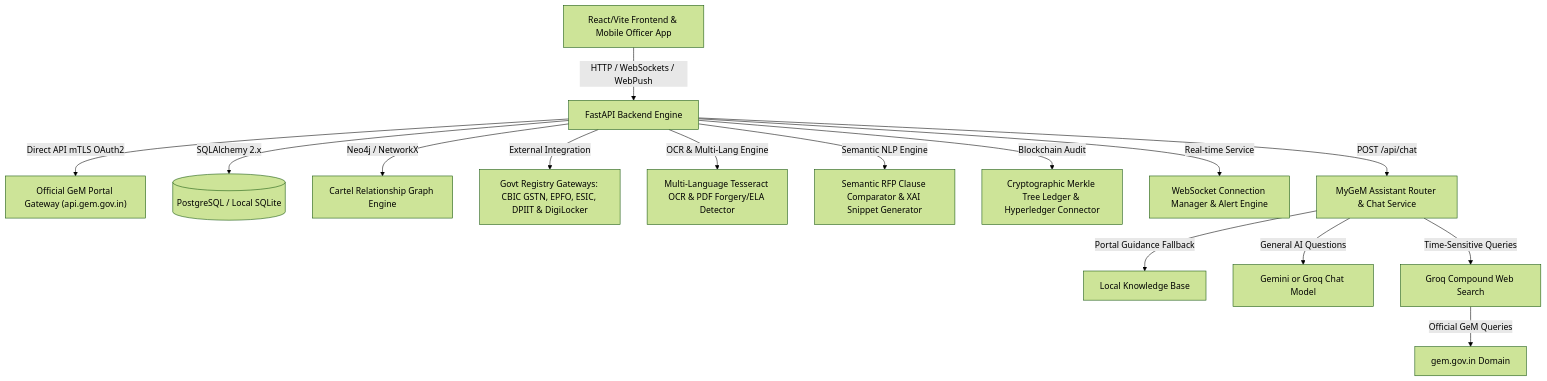
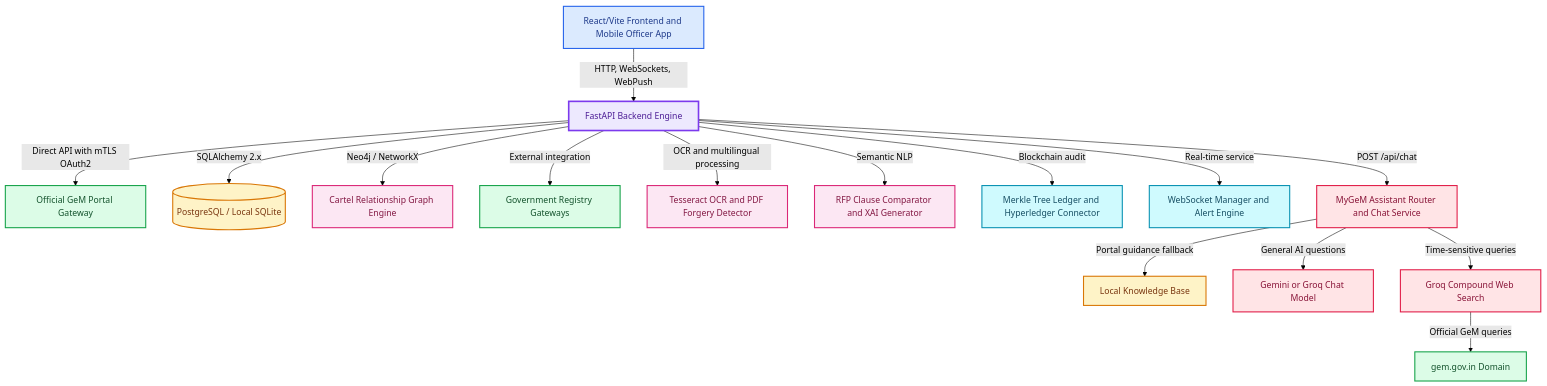
Before and after one commit to Yogeshsingh123-LAB/-AI-Powered-Integrated-Bid-Compliance-Verification-Platform-for-GeM-Procurement: the first of 2 diagrams in brain.md, drawn with Mermaid (forest theme). The commit also changed other lines of this file and 2 other files, not shown here.

Commit message:
Fix GitHub Mermaid diagrams and add colorful styling

````diff
--- a/brain.md
+++ b/brain.md
@@ -14,17 +14,33 @@
 ```mermaid
-graph TD
-    A["React/Vite Frontend & Mobile Officer App"] -- "HTTP / WebSockets / WebPush" --> B["FastAPI Backend Engine"]
-    B -- "Direct API mTLS OAuth2" --> GeM["Official GeM Portal Gateway (api.gem.gov.in)"]
-    B -- "SQLAlchemy 2.x" --> C[("PostgreSQL / Local SQLite")]
-    B -- "Neo4j / NetworkX" --> D["Cartel Relationship Graph Engine"]
-    B -- "External Integration" --> E["Govt Registry Gateways: CBIC GSTN, EPFO, ESIC, DPIIT & DigiLocker"]
-    B -- "OCR & Multi-Lang Engine" --> F["Multi-Language Tesseract OCR & PDF Forgery/ELA Detector"]
-    B -- "Semantic NLP Engine" --> G["Semantic RFP Clause Comparator & XAI Snippet Generator"]
-    B -- "Blockchain Audit" --> H["Cryptographic Merkle Tree Ledger & Hyperledger Connector"]
-    B -- "Real-time Service" --> I["WebSocket Connection Manager & Alert Engine"]
-    B -- "POST /api/chat" --> J["MyGeM Assistant Router & Chat Service"]
-    J -- "Portal Guidance Fallback" --> K["Local Knowledge Base"]
-    J -- "General AI Questions" --> L["Gemini or Groq Chat Model"]
-    J -- "Time-Sensitive Queries" --> M["Groq Compound Web Search"]
-    M -- "Official GeM Queries" --> N["gem.gov.in Domain"]
+flowchart TD
+    A["React/Vite Frontend and Mobile Officer App"] -->|"HTTP, WebSockets, WebPush"| B["FastAPI Backend Engine"]
+    B -->|"Direct API with mTLS OAuth2"| GeM["Official GeM Portal Gateway"]
+    B -->|"SQLAlchemy 2.x"| C[("PostgreSQL / Local SQLite")]
+    B -->|"Neo4j / NetworkX"| D["Cartel Relationship Graph Engine"]
+    B -->|"External integration"| E["Government Registry Gateways"]
+    B -->|"OCR and multilingual processing"| F["Tesseract OCR and PDF Forgery Detector"]
+    B -->|"Semantic NLP"| G["RFP Clause Comparator and XAI Generator"]
+    B -->|"Blockchain audit"| H["Merkle Tree Ledger and Hyperledger Connector"]
+    B -->|"Real-time service"| I["WebSocket Manager and Alert Engine"]
+    B -->|"POST /api/chat"| J["MyGeM Assistant Router and Chat Service"]
+    J -->|"Portal guidance fallback"| K["Local Knowledge Base"]
+    J -->|"General AI questions"| L["Gemini or Groq Chat Model"]
+    J -->|"Time-sensitive queries"| M["Groq Compound Web Search"]
+    M -->|"Official GeM queries"| N["gem.gov.in Domain"]
+
+    classDef client fill:#DBEAFE,stroke:#2563EB,color:#1E3A8A,stroke-width:2px
+    classDef core fill:#EDE9FE,stroke:#7C3AED,color:#4C1D95,stroke-width:3px
+    classDef portal fill:#DCFCE7,stroke:#16A34A,color:#14532D,stroke-width:2px
+    classDef data fill:#FEF3C7,stroke:#D97706,color:#78350F,stroke-width:2px
+    classDef analytics fill:#FCE7F3,stroke:#DB2777,color:#831843,stroke-width:2px
+    classDef realtime fill:#CFFAFE,stroke:#0891B2,color:#164E63,stroke-width:2px
+    classDef assistant fill:#FFE4E6,stroke:#E11D48,color:#881337,stroke-width:2px
+
+    class A client
+    class B core
+    class GeM,E,N portal
+    class C,K data
+    class D,F,G analytics
+    class H,I realtime
+    class J,L,M assistant
 ```
````
